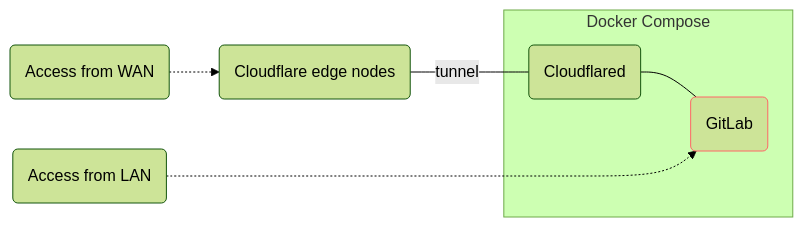
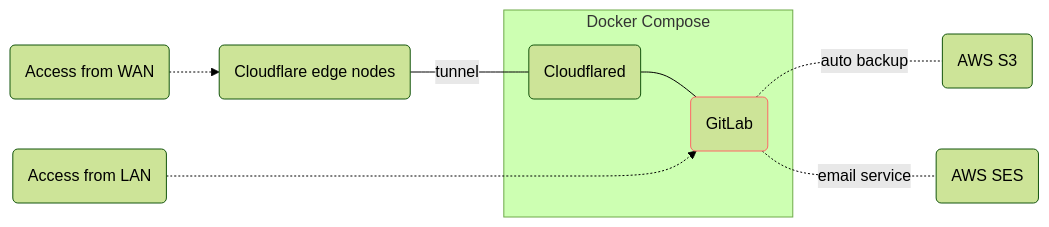
Before and after one commit to whisperpine/gitlab-compose: the diagram in README.md, drawn with Mermaid (forest theme). The commit also changed other lines of this file, not shown here.

Commit message:
docs: add AWS S3 and SES in the mermaid flowchart

````diff
--- a/README.md
+++ b/README.md
@@ -9,19 +9,24 @@
 ```mermaid
 flowchart LR
   pub("Access from WAN")
   private("Access from LAN")
   cf("Cloudflare edge nodes")
+  s3("AWS S3")
+  ses("AWS SES")
 
   pub -.-> cf
   cf ---|tunnel| cloudflared
 
   subgraph Docker Compose
     cloudflared("Cloudflared")
     gitlab("GitLab"):::red_stroke
     cloudflared --- gitlab
   end
 
   private -...-> gitlab
 
+  gitlab -.-|auto backup| s3
+  gitlab -.-|email service| ses
+
   classDef red_stroke stroke: #f66
 ```
````
